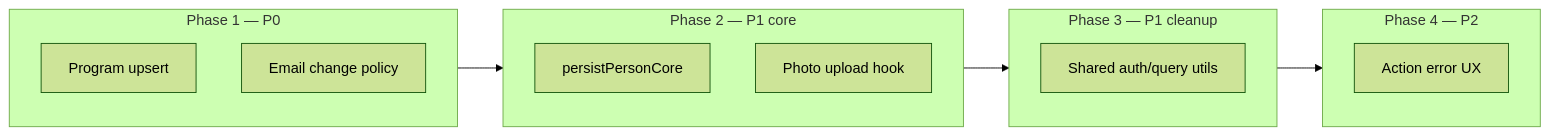
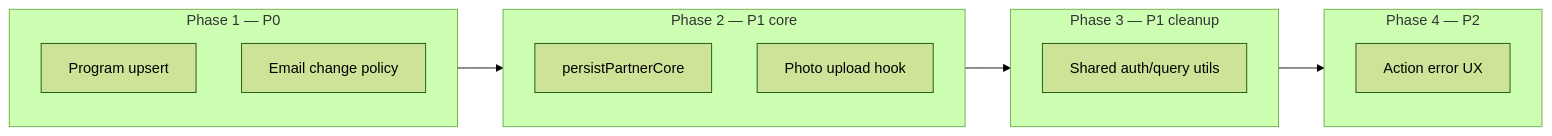
The diagram in docs/refactoring-plan.md (greatgiho/thewellnesskorea), drawn with Mermaid (forest theme) before and after one commit. The commit also changed other lines of this file and 126 other files, not shown here.

````diff
--- a/docs/refactoring-plan.md
+++ b/docs/refactoring-plan.md
@@ -14,22 +14,22 @@
 ```mermaid
 flowchart LR
     subgraph phase1 [Phase 1 — P0]
         P0A[Program upsert]
         P0B[Email change policy]
     end
 
     subgraph phase2 [Phase 2 — P1 core]
-        P1A[persistPersonCore]
+        P1A[persistPartnerCore]
         P1B[Photo upload hook]
     end
 
     subgraph phase3 [Phase 3 — P1 cleanup]
         P1C[Shared auth/query utils]
     end
 
     subgraph phase4 [Phase 4 — P2]
         P2A[Action error UX]
     end
 
     phase1 --> phase2 --> phase3 --> phase4
 ```
````
